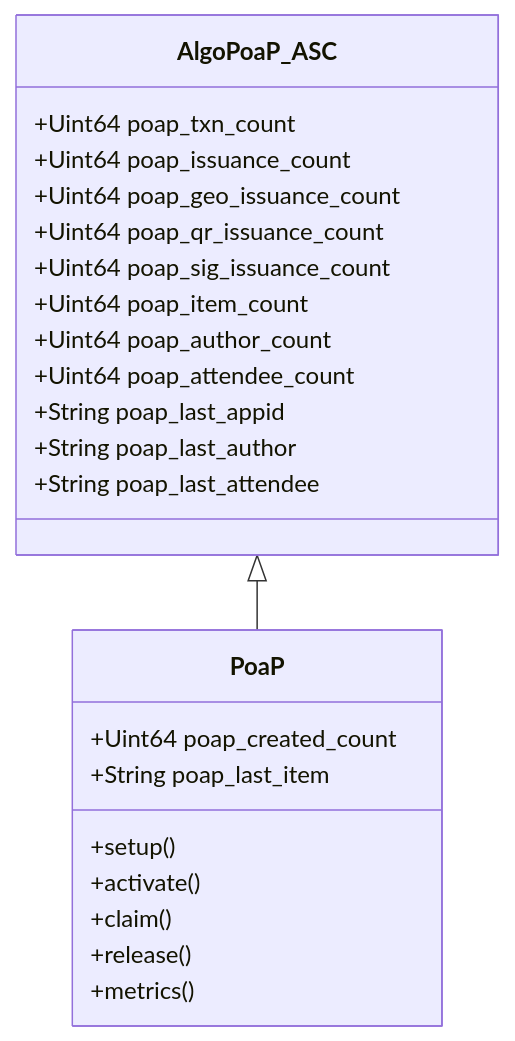
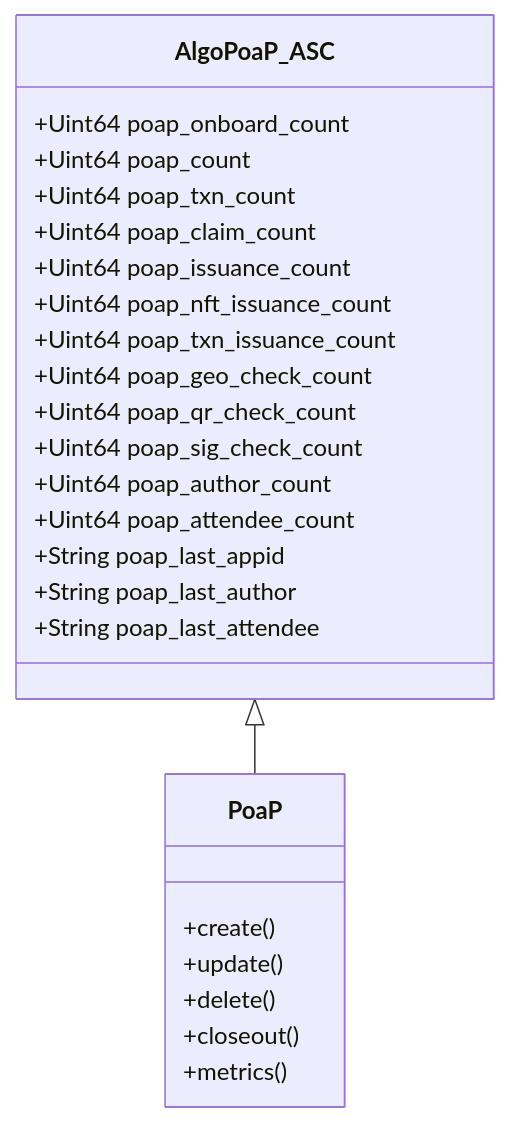
Before and after one commit to GoPlausible/.github: the seventh of 10 diagrams in profile/README.md, drawn with Mermaid. The commit also changed other lines of this file, not shown here.

````diff
--- a/profile/README.md
+++ b/profile/README.md
@@ -227,26 +232,30 @@
 ```mermaid
   classDiagram
     AlgoPoaP_ASC <|-- PoaP
+    AlgoPoaP_ASC : +Uint64 poap_onboard_count
+    AlgoPoaP_ASC : +Uint64 poap_count
     AlgoPoaP_ASC : +Uint64 poap_txn_count
+    AlgoPoaP_ASC : +Uint64 poap_claim_count
     AlgoPoaP_ASC : +Uint64 poap_issuance_count
-    AlgoPoaP_ASC : +Uint64 poap_geo_issuance_count
-    AlgoPoaP_ASC : +Uint64 poap_qr_issuance_count
-    AlgoPoaP_ASC : +Uint64 poap_sig_issuance_count
-    AlgoPoaP_ASC : +Uint64 poap_item_count
+    AlgoPoaP_ASC : +Uint64 poap_nft_issuance_count
+    AlgoPoaP_ASC : +Uint64 poap_txn_issuance_count
+
+    AlgoPoaP_ASC : +Uint64 poap_geo_check_count
+    AlgoPoaP_ASC : +Uint64 poap_qr_check_count
+    AlgoPoaP_ASC : +Uint64 poap_sig_check_count
+
     AlgoPoaP_ASC : +Uint64 poap_author_count
-     AlgoPoaP_ASC : +Uint64 poap_attendee_count
+    AlgoPoaP_ASC : +Uint64 poap_attendee_count
     AlgoPoaP_ASC : +String poap_last_appid
     AlgoPoaP_ASC : +String poap_last_author
     AlgoPoaP_ASC : +String poap_last_attendee
    
     class PoaP {
-        +Uint64 poap_created_count
-        +String poap_last_item
-        +setup()
-        +activate()
-        +claim()
-        +release()
+        +create()
+        +update()
+        +delete()
+        +closeout()
         +metrics()
     }
     
 ```
````
